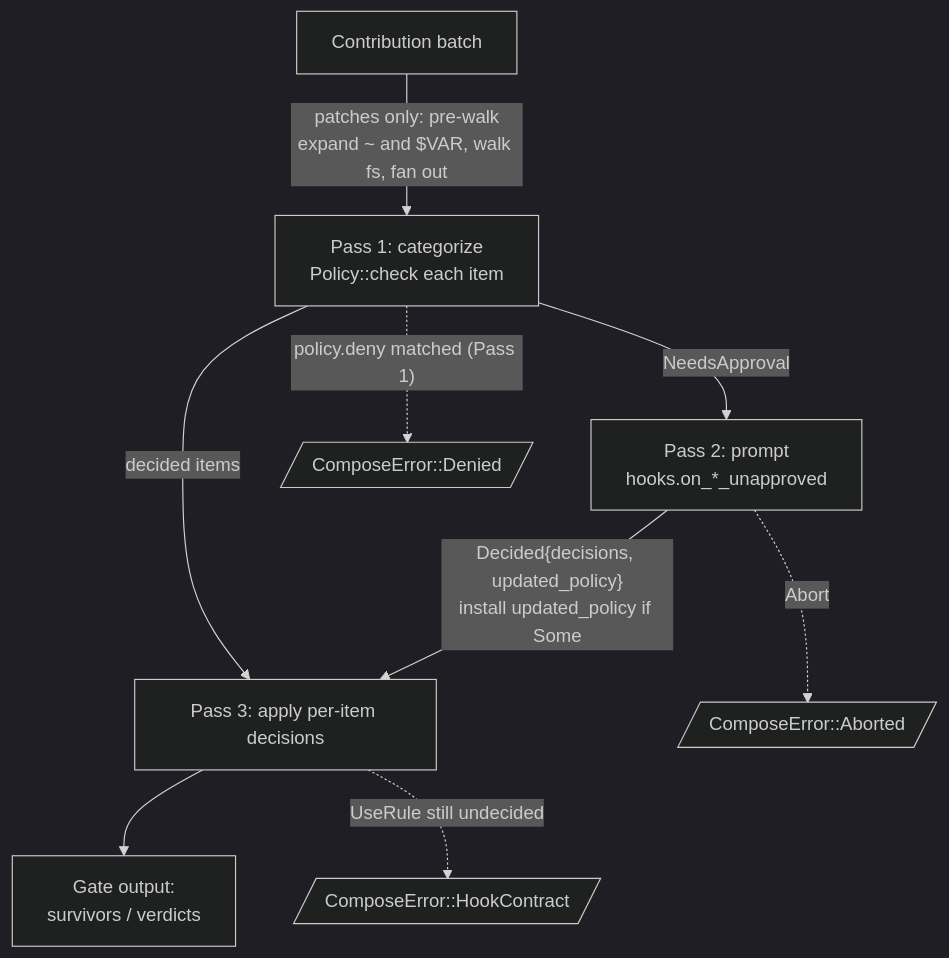
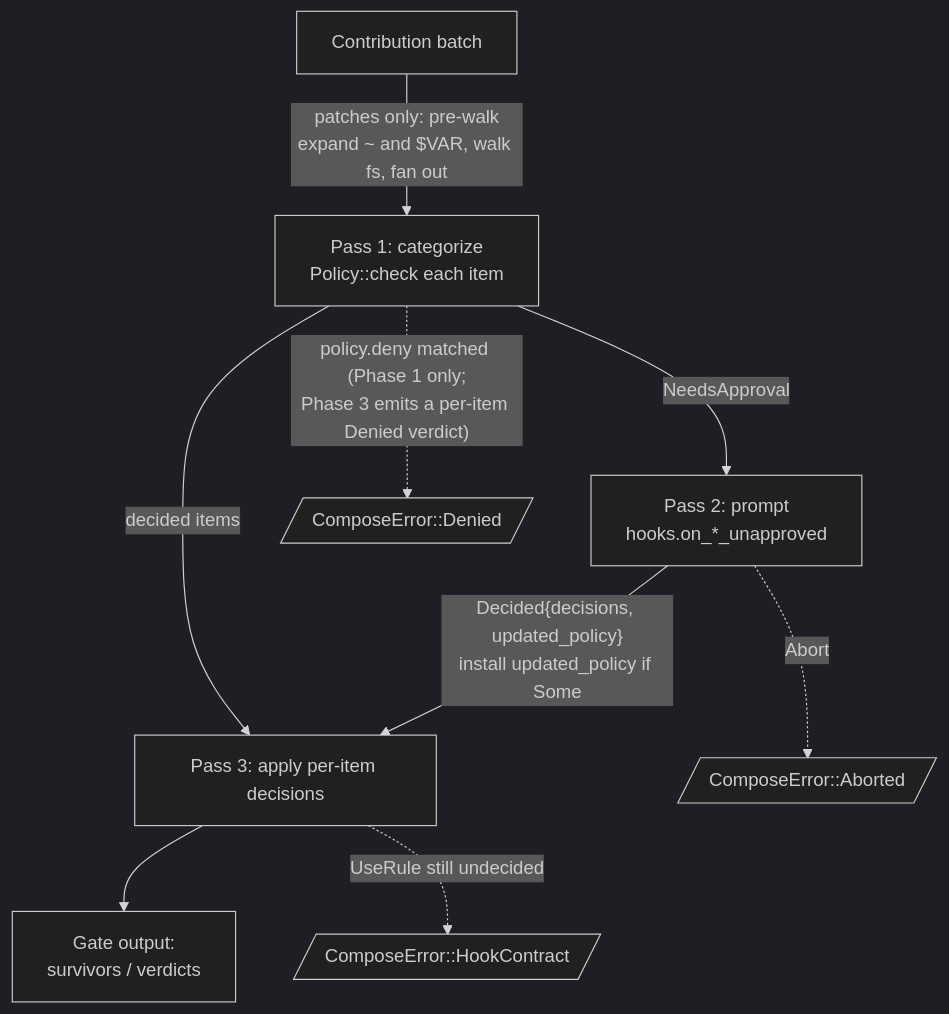
One commit to gominimal/minimal changed the second of 2 diagrams in crates/sessions/docs/COMPOSITION.md. Above: the diagram before and after it, drawn with Mermaid (dark theme). The commit also changed other lines of this file and 7 other files, not shown here.

Commit message:
feat(sessions): wire up the client flow for session creation response

````diff
--- a/crates/sessions/docs/COMPOSITION.md
+++ b/crates/sessions/docs/COMPOSITION.md
@@ -107,24 +121,24 @@
 ```mermaid
 flowchart TD
     C[Contribution batch]
     P1[Pass 1: categorize<br/>Policy::check each item]
     P2[Pass 2: prompt<br/>hooks.on_*_unapproved]
     P3[Pass 3: apply per-item decisions]
     Out[Gate output:<br/>survivors / verdicts]
 
     AE[/ComposeError::Aborted/]
     DE[/ComposeError::Denied/]
     HC[/ComposeError::HookContract/]
 
     C -->|"patches only: pre-walk<br/>expand ~ and $VAR, walk fs, fan out"| P1
 
     P1 -->|NeedsApproval| P2
     P1 -->|decided items| P3
-    P1 -.->|"policy.deny matched (Pass 1)"| DE
+    P1 -.->|"policy.deny matched (Phase 1 only;<br/>Phase 3 emits a per-item Denied verdict)"| DE
 
     P2 -->|"Decided{decisions, updated_policy}<br/>install updated_policy if Some"| P3
     P2 -.->|Abort| AE
 
     P3 --> Out
     P3 -.->|"UseRule still undecided"| HC
 ```
````
